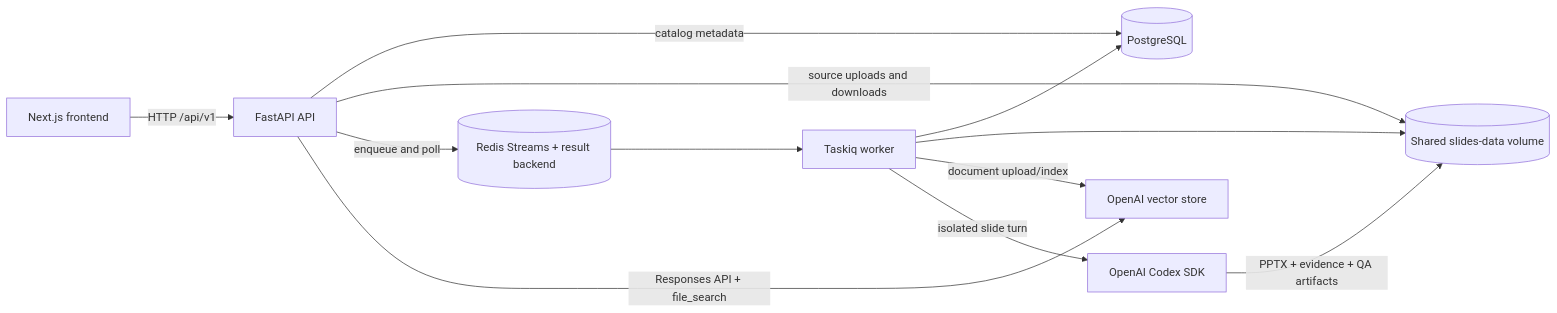
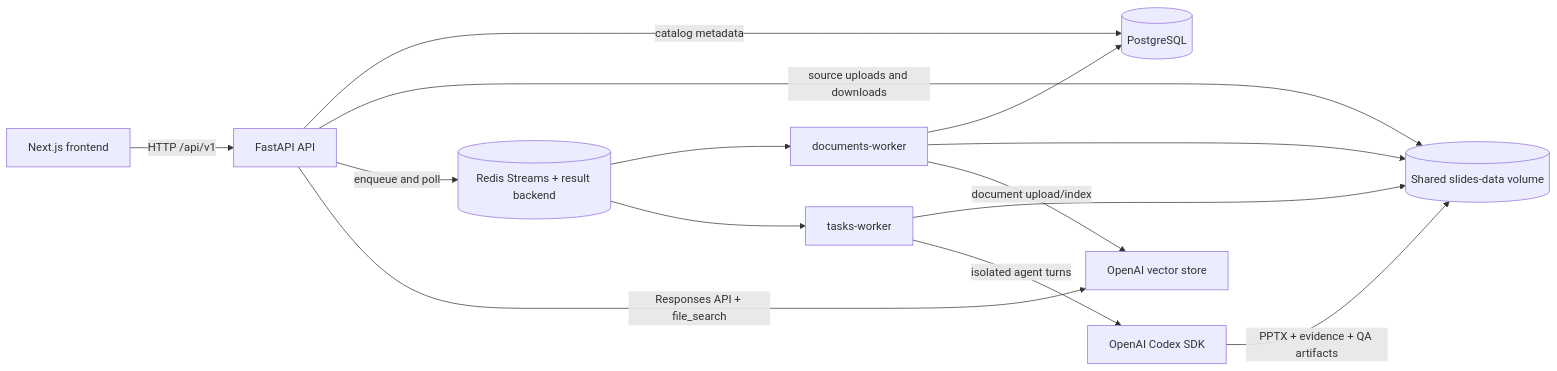
One commit to Marcodez811/NHI-AI changed the first of 2 diagrams in backend/README.md. Above: the diagram before and after it, drawn with Mermaid. The commit also changed other lines of this file and 59 other files, not shown here.

````diff
--- a/backend/README.md
+++ b/backend/README.md
@@ -14,14 +14,16 @@
 ```mermaid
 flowchart LR
     UI[Next.js frontend] -->|HTTP /api/v1| API[FastAPI API]
     API -->|catalog metadata| DB[(PostgreSQL)]
     API -->|source uploads and downloads| VOL[(Shared slides-data volume)]
     API -->|enqueue and poll| REDIS[(Redis Streams + result backend)]
-    REDIS --> WORKER[Taskiq worker]
-    WORKER --> DB
-    WORKER --> VOL
-    WORKER -->|document upload/index| VS[OpenAI vector store]
+    REDIS --> DW[documents-worker]
+    REDIS --> TW[tasks-worker]
+    DW --> DB
+    DW --> VOL
+    DW -->|document upload/index| VS[OpenAI vector store]
+    TW --> VOL
     API -->|Responses API + file_search| VS
-    WORKER -->|isolated slide turn| CODEX[OpenAI Codex SDK]
+    TW -->|isolated agent turns| CODEX[OpenAI Codex SDK]
     CODEX -->|PPTX + evidence + QA artifacts| VOL
 ```
````
